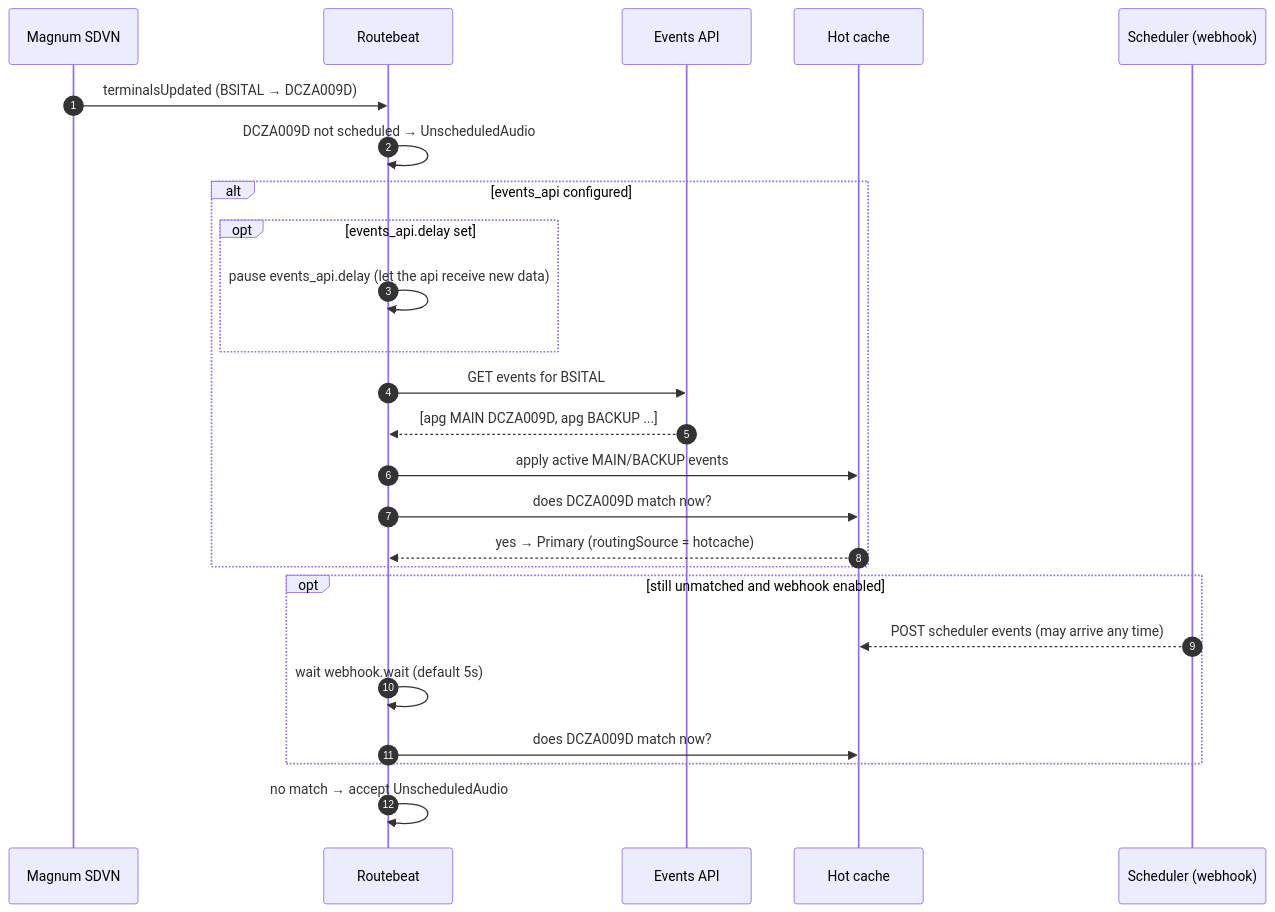
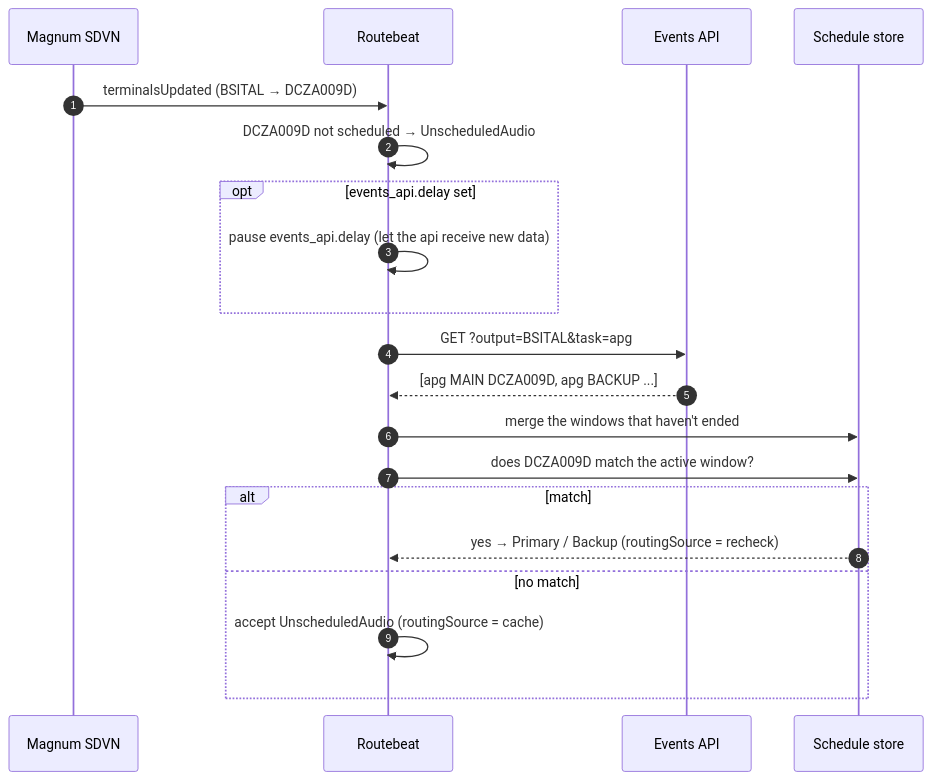
Before and after one commit to thetherington/routebeat: the sixth of 8 diagrams in README.md, drawn with Mermaid. The commit also changed other lines of this file and 38 other files, not shown here.

First line of the commit message:
WIP: events API schedule source with a unified schedule store

````diff
--- a/README.md
+++ b/README.md
@@ -382,28 +364,23 @@
 ```mermaid
 sequenceDiagram
     autonumber
     participant SDVN as Magnum SDVN
     participant RB as Routebeat
     participant API as Events API
-    participant HC as Hot cache
-    participant SCH as Scheduler (webhook)
+    participant ST as Schedule store
 
     SDVN->>RB: terminalsUpdated (BSITAL → DCZA009D)
     RB->>RB: DCZA009D not scheduled → UnscheduledAudio
-    alt events_api configured
-        opt events_api.delay set
-            RB->>RB: pause events_api.delay (let the api receive new data)
-        end
-        RB->>API: GET events for BSITAL
-        API-->>RB: [apg MAIN DCZA009D, apg BACKUP ...]
-        RB->>HC: apply active MAIN/BACKUP events
-        RB->>HC: does DCZA009D match now?
-        HC-->>RB: yes → Primary (routingSource = hotcache)
+    opt events_api.delay set
+        RB->>RB: pause events_api.delay (let the api receive new data)
     end
-    opt still unmatched and webhook enabled
-        SCH-->>HC: POST scheduler events (may arrive any time)
-        RB->>RB: wait webhook.wait (default 5s)
-        RB->>HC: does DCZA009D match now?
+    RB->>API: GET ?output=BSITAL&task=apg
+    API-->>RB: [apg MAIN DCZA009D, apg BACKUP ...]
+    RB->>ST: merge the windows that haven't ended
+    RB->>ST: does DCZA009D match the active window?
+    alt match
+        ST-->>RB: yes → Primary / Backup (routingSource = recheck)
+    else no match
+        RB->>RB: accept UnscheduledAudio (routingSource = cache)
     end
-    RB->>RB: no match → accept UnscheduledAudio
 ```
````
